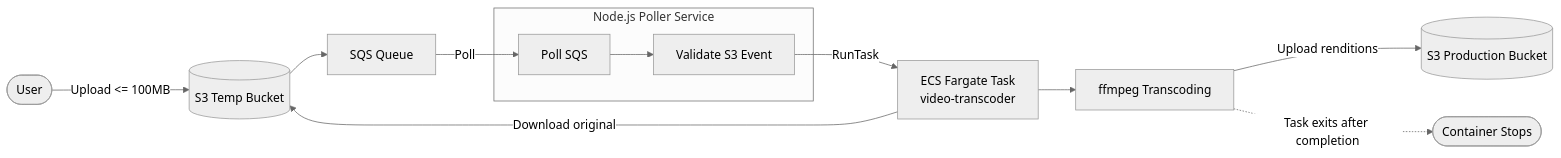
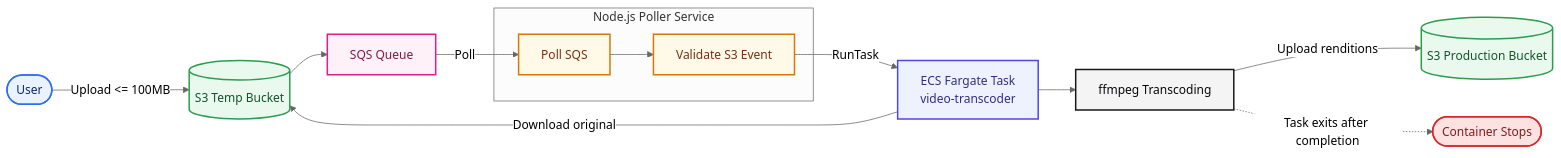
One commit to Chidu2000/video-processing-pipeline changed the diagram in README.md. Above: the diagram before and after it, drawn with Mermaid (neutral theme).

Commit message:
prod code

````diff
--- a/README.md
+++ b/README.md
@@ -26,19 +26,35 @@
 ```mermaid
 flowchart LR
     user([User]) -->|Upload <= 100MB| temp[(S3 Temp Bucket)]
     temp --> sqs[SQS Queue]
 
     subgraph poller[Node.js Poller Service]
       p1[Poll SQS]
       p2[Validate S3 Event]
       p1 --> p2
     end
 
     sqs -->|Poll| p1
     p2 -->|RunTask| ecs[ECS Fargate Task\nvideo-transcoder]
 
     ecs -->|Download original| temp
     ecs --> ffmpeg[ffmpeg Transcoding]
     ffmpeg -->|Upload renditions| prod[(S3 Production Bucket)]
     ffmpeg -.->|Task exits after completion| kill([Container Stops])
+
+    classDef userNode fill:#EAF2FF,stroke:#2F6FED,color:#0F2A63,stroke-width:2px;
+    classDef s3Node fill:#E9F9EE,stroke:#2E9B4F,color:#14532D,stroke-width:2px;
+    classDef sqsNode fill:#FFF1F7,stroke:#E11D8A,color:#831843,stroke-width:2px;
+    classDef pollNode fill:#FFF9E8,stroke:#D97706,color:#7C2D12,stroke-width:2px;
+    classDef ecsNode fill:#EEF2FF,stroke:#4F46E5,color:#312E81,stroke-width:2px;
+    classDef ffmpegNode fill:#F4F4F5,stroke:#18181B,color:#09090B,stroke-width:2px;
+    classDef stopNode fill:#FEE2E2,stroke:#DC2626,color:#7F1D1D,stroke-width:2px;
+
+    class user userNode;
+    class temp,prod s3Node;
+    class sqs sqsNode;
+    class p1,p2 pollNode;
+    class ecs ecsNode;
+    class ffmpeg ffmpegNode;
+    class kill stopNode;
 ```
````
